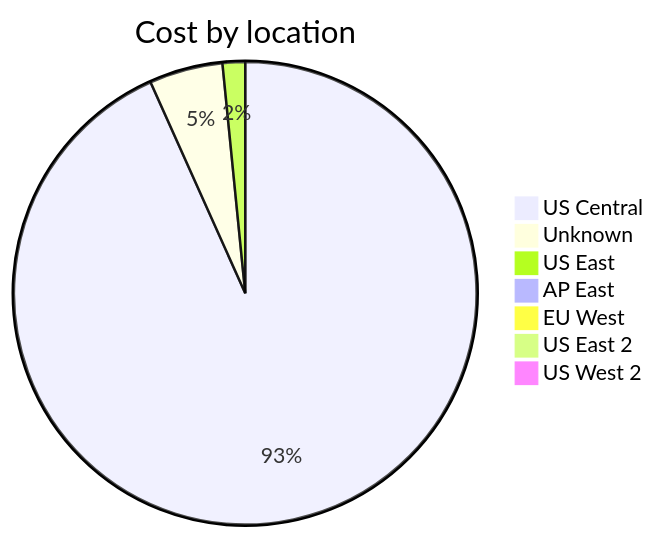
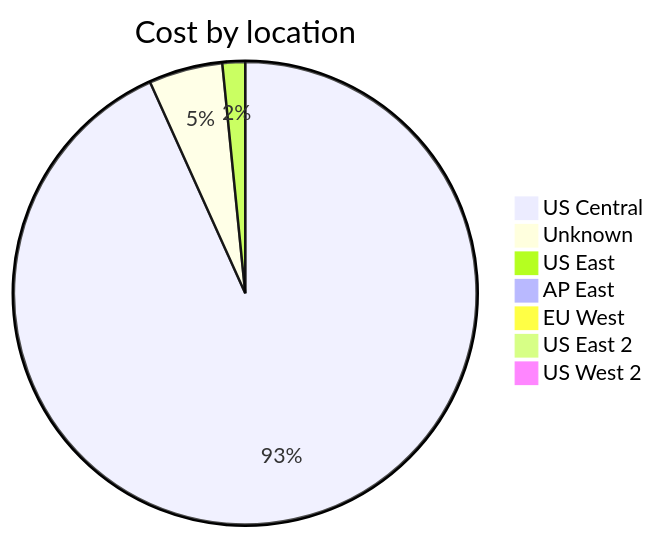
Before and after one commit to jpfulton/azure-personal-reports: the third of 4 diagrams in cost-reports/accumulated-cost.md, drawn with Mermaid. The commit also changed other lines of this file and 4 other files, not shown here.

````diff
--- a/cost-reports/accumulated-cost.md
+++ b/cost-reports/accumulated-cost.md
@@ -121,11 +121,11 @@
 ```mermaid
 pie
    title Cost by location
-   "US Central" : 13.62
-   "Unknown" : 0.75
-   "US East" : 0.23
+   "US Central" : 14.11
+   "Unknown" : 0.78
+   "US East" : 0.24
    "AP East" : 0.00
    "EU West" : 0.00
    "US East 2" : 0.00
    "US West 2" : 0.00
 ```
````
